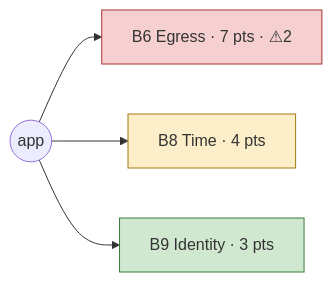
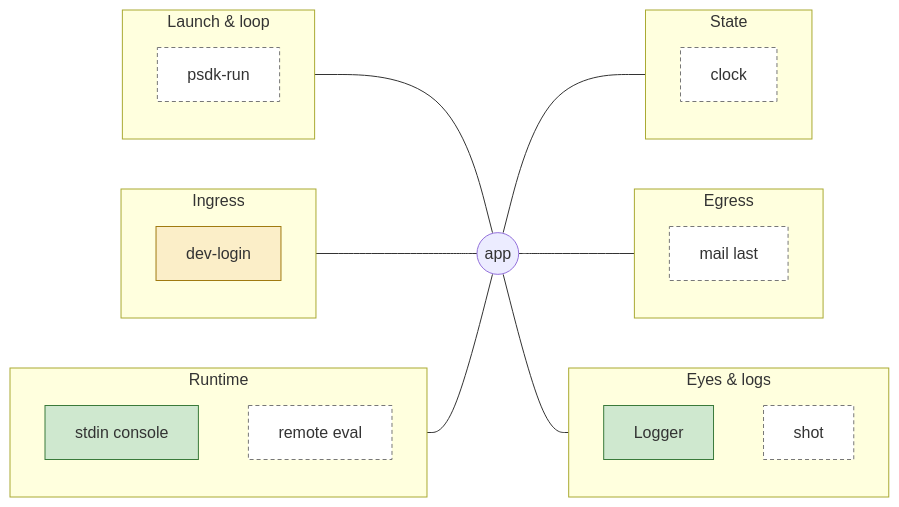
Before and after one commit to Scorbutics/agentic-toolsmith: the diagram in skills/toolsmith/references/map-template.md, drawn with Mermaid. The commit also changed other lines of this file and 4 other files, not shown here.

````diff
--- a/skills/toolsmith/references/map-template.md
+++ b/skills/toolsmith/references/map-template.md
@@ -64,15 +67,33 @@
 ```mermaid
 flowchart LR
   app((app))
-  classDef ok fill:#cfe8cf,stroke:#3a7a3a;
-  classDef partial fill:#fbeec8,stroke:#a07a10;
-  classDef human fill:#f6d0d0,stroke:#a33;
-  classDef missing fill:#e6e6e6,stroke:#777,stroke-dasharray:4 3;
-
-  egress["B6 Egress · 7 pts · ⚠2"]:::human
-  time["B8 Time · 4 pts"]:::partial
-  identity["B9 Identity · 3 pts"]:::ok
-  app --> egress
-  app --> time
-  app --> identity
+  classDef exists fill:#cfe8cf,stroke:#3a7a3a;
+  classDef half fill:#fbeec8,stroke:#a07a10;
+  classDef missing fill:#ffffff,stroke:#777,stroke-dasharray:4 3;
+  subgraph launch[Launch & loop]
+    run[psdk-run]:::missing
+  end
+  subgraph ingress[Ingress]
+    login[dev-login]:::half
+  end
+  subgraph runtime[Runtime]
+    console[stdin console]:::exists
+    eval[remote eval]:::missing
+  end
+  subgraph state[State]
+    clock[clock]:::missing
+  end
+  subgraph egress[Egress]
+    inbox[mail last]:::missing
+  end
+  subgraph eyes[Eyes & logs]
+    logs[Logger]:::exists
+    shot[shot]:::missing
+  end
+  launch --- app
+  ingress --- app
+  runtime --- app
+  app --- state
+  app --- egress
+  app --- eyes
 ```
````
